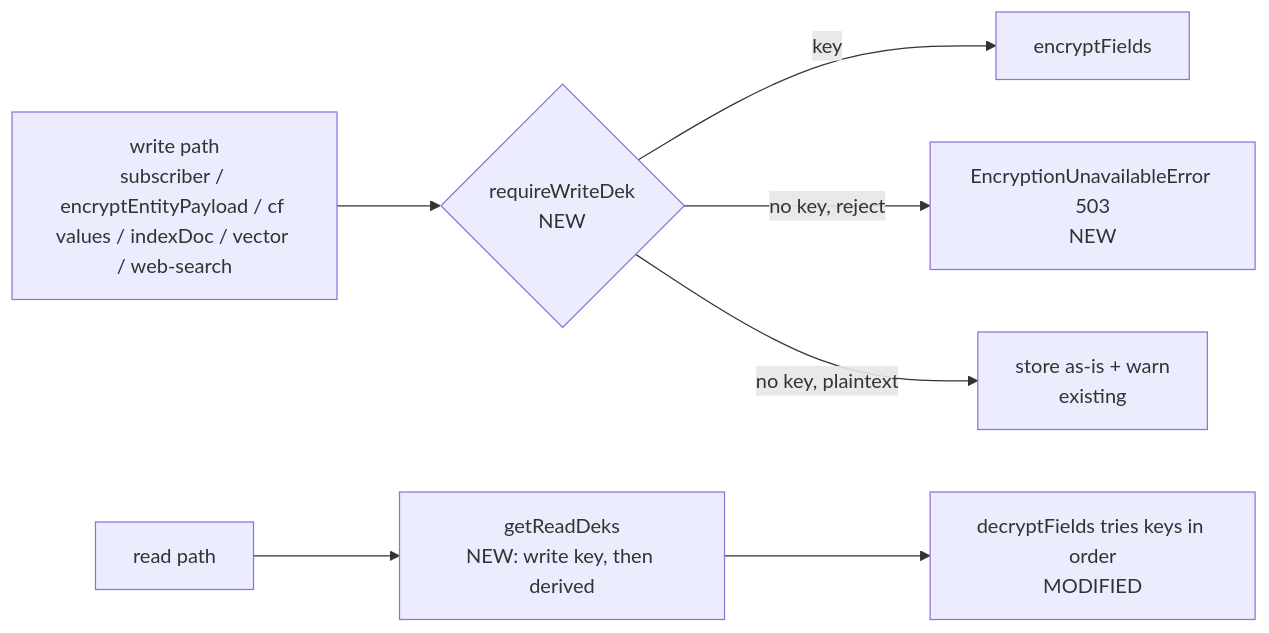
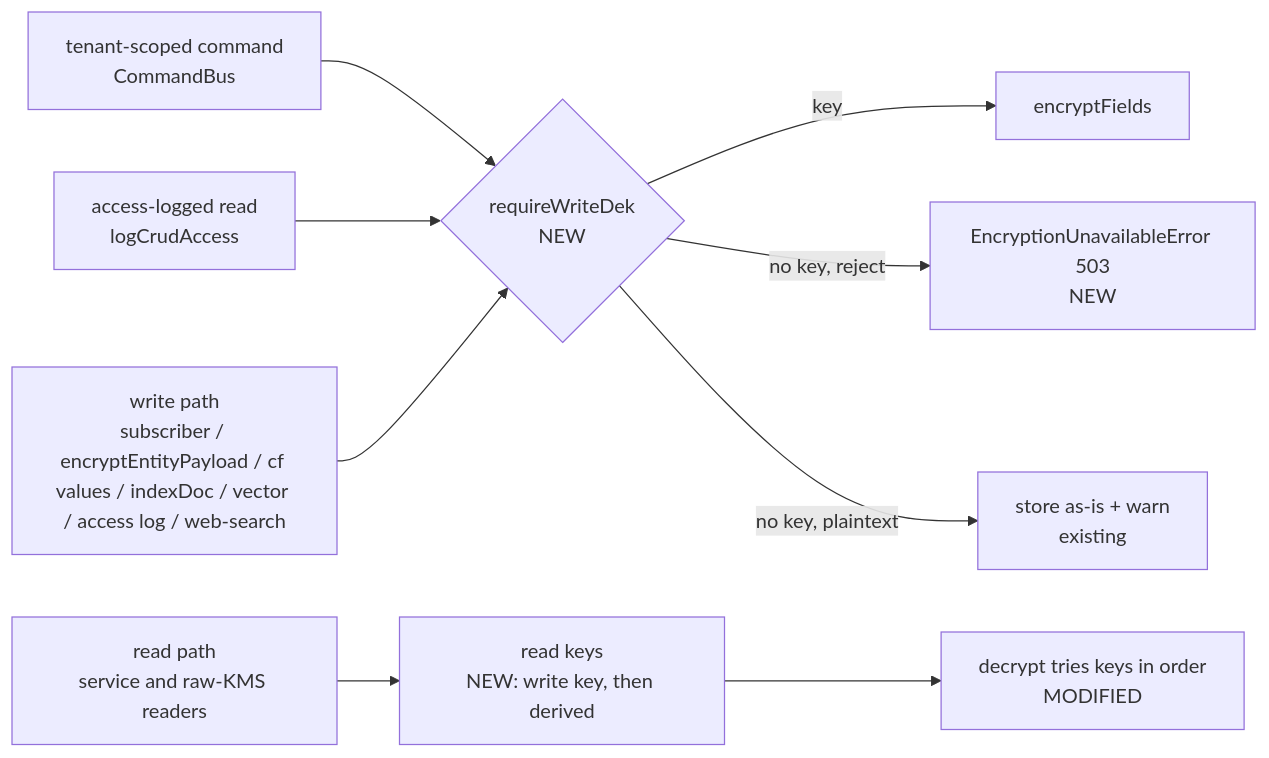
The diagram in .ai/specs/2026-11-25-tenant-encryption-kms-unavailable-policy.md (open-mercato/open-mercato), drawn with Mermaid before and after one commit. The commit also changed other lines of this file, not shown here.

First line of the commit message:
docs(encryption): revise KMS-unavailable spec after pre-implementation audit

````diff
--- a/.ai/specs/2026-11-25-tenant-encryption-kms-unavailable-policy.md
+++ b/.ai/specs/2026-11-25-tenant-encryption-kms-unavailable-policy.md
@@ -111,9 +157,11 @@
 ```mermaid
 flowchart LR
-  W[write path<br/>subscriber / encryptEntityPayload / cf values / indexDoc / vector / web-search] --> R{requireWriteDek<br/>NEW}
+  C[tenant-scoped command<br/>CommandBus] --> R
+  A[access-logged read<br/>logCrudAccess] --> R
+  W[write path<br/>subscriber / encryptEntityPayload / cf values / indexDoc / vector / access log / web-search] --> R{requireWriteDek<br/>NEW}
   R -- key --> E[encryptFields]
   R -- no key, reject --> X[EncryptionUnavailableError 503<br/>NEW]
   R -- no key, plaintext --> P[store as-is + warn<br/>existing]
-  RD[read path] --> K[getReadDeks<br/>NEW: write key, then derived]
-  K --> D[decryptFields tries keys in order<br/>MODIFIED]
+  RD[read path<br/>service and raw-KMS readers] --> K[read keys<br/>NEW: write key, then derived]
+  K --> D[decrypt tries keys in order<br/>MODIFIED]
 ```
````
